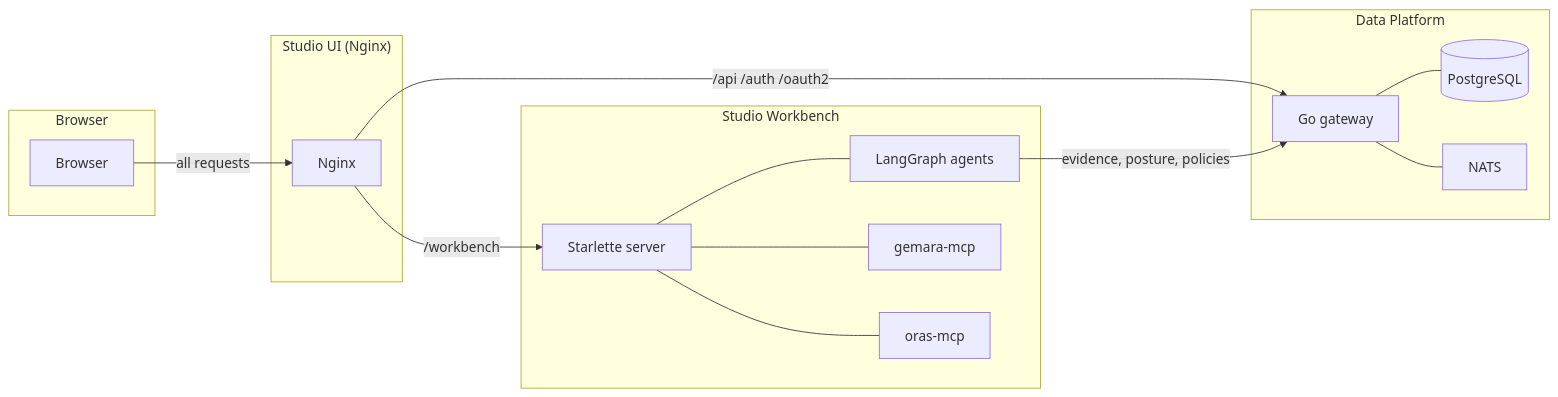
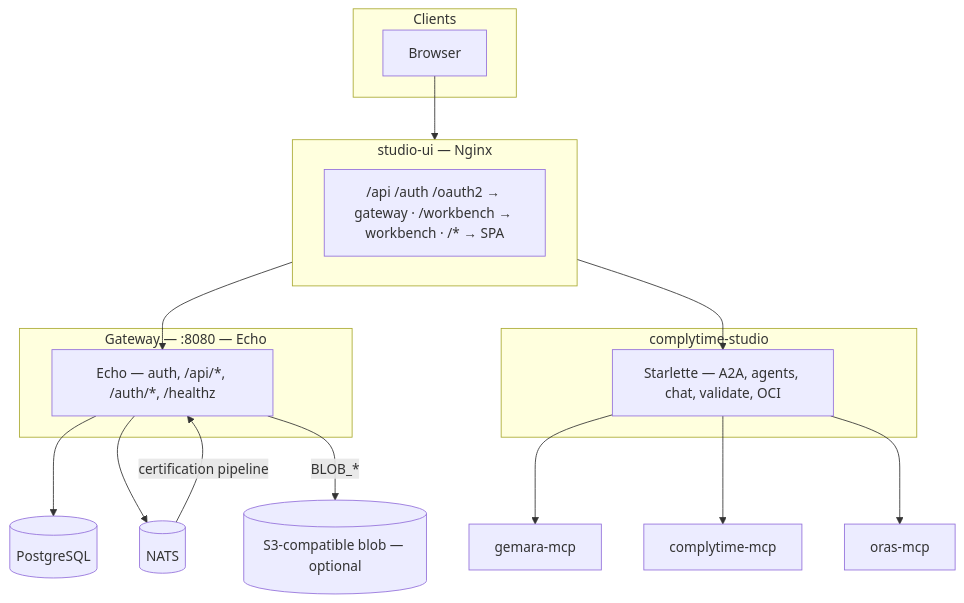
Before and after one commit to jpower432/complytime-studio: the first of 2 diagrams in docs/architecture.md, drawn with Mermaid. The commit also changed other lines of this file and 516 other files, not shown here.

First line of the commit message:
docs: redistribute ADRs, consolidate architecture, delete openspec

````diff
--- a/docs/architecture.md
+++ b/docs/architecture.md
@@ -18,30 +18,37 @@
 ```mermaid
-flowchart LR
-  subgraph Browser
-    B[Browser]
-  end
-  subgraph StudioUI["Studio UI (Nginx)"]
-    S[Nginx]
-  end
-  subgraph DataPlatform["Data Platform"]
-    G[Go gateway]
-    PG[(PostgreSQL)]
-    N[NATS]
-    G --- PG
-    G --- N
-  end
-  subgraph Workbench["Studio Workbench"]
-    W[Starlette server]
-    A[LangGraph agents]
-    GM[gemara-mcp]
-    OM[oras-mcp]
-    W --- A
-    W --- GM
-    W --- OM
+flowchart TB
+  subgraph Clients
+    Browser["Browser"]
   end
 
-  B -->|"all requests"| S
-  S -->|"/api /auth /oauth2"| G
-  S -->|"/workbench"| W
-  A -->|"evidence, posture, policies"| G
+  subgraph Nginx["studio-ui — Nginx"]
+    Routes["/api /auth /oauth2 → gateway · /workbench → workbench · /* → SPA"]
+  end
+
+  subgraph Gateway["Gateway — :8080 — Echo"]
+    Echo["Echo — auth, /api/*, /auth/*, /healthz"]
+  end
+
+  PG[("PostgreSQL")]
+  NATS[("NATS")]
+  Blob[("S3-compatible blob — optional")]
+
+  subgraph Workbench["complytime-studio"]
+    WB["Starlette — A2A, agents, chat, validate, OCI"]
+  end
+
+  GemaraMCP["gemara-mcp"]
+  ComplyMCP["complytime-mcp"]
+  OrasMCP["oras-mcp"]
+
+  Browser --> Nginx
+  Nginx --> Echo
+  Nginx --> WB
+  Echo --> PG
+  Echo --> NATS
+  Echo -->|"BLOB_*"| Blob
+  WB --> GemaraMCP
+  WB --> ComplyMCP
+  WB --> OrasMCP
+  NATS -->|"certification pipeline"| Echo
 ```
````
